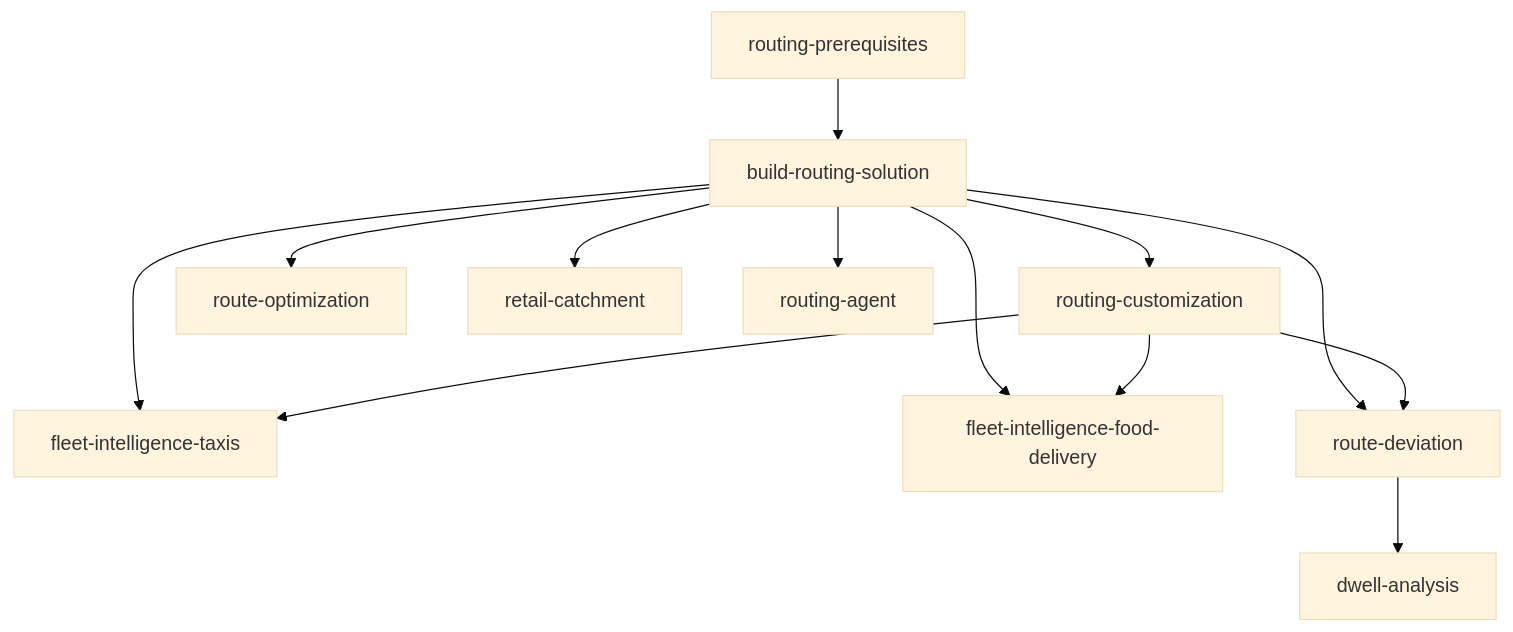
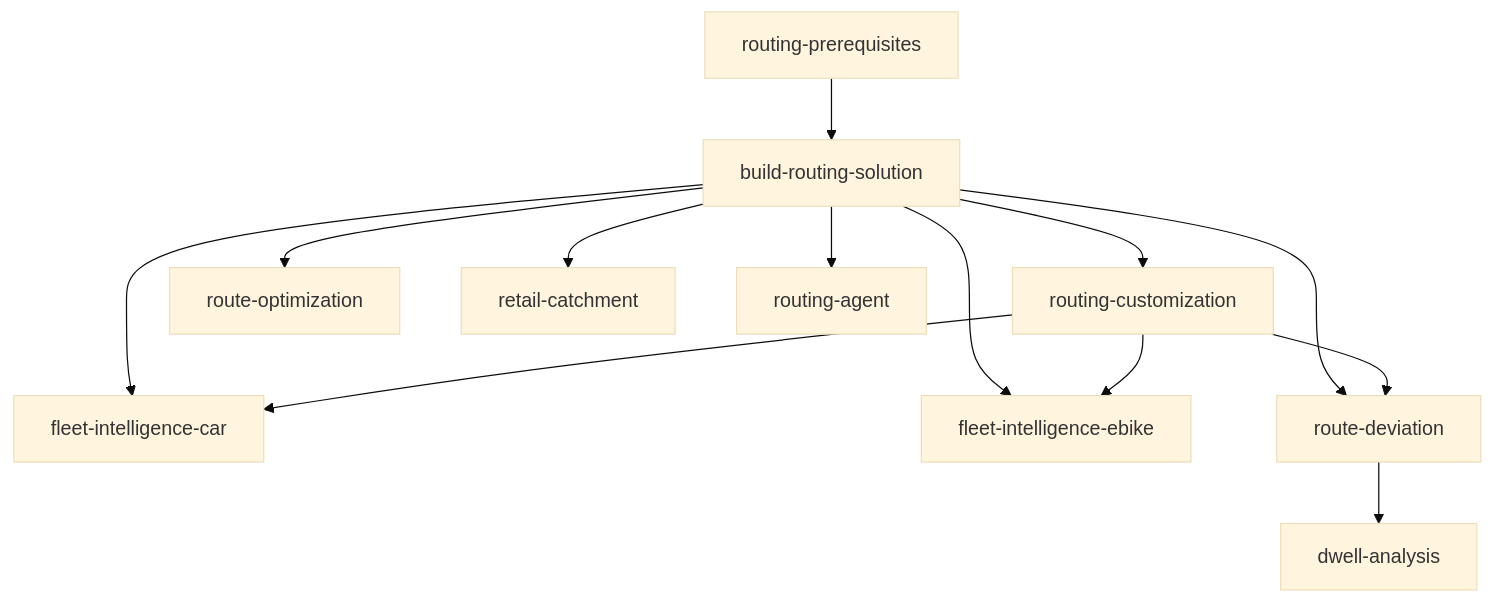
Before and after one commit to Snowflake-Labs/sfguide-create-a-route-optimisation-and-vehicle-route-plan-simulator: the diagram in README.md, drawn with Mermaid (base theme). The commit also changed 27 other files, not shown here.

First line of the commit message:
refactor(skills): rename fleet-intelligence-taxis/-food-delivery to -car/-ebike (Tier B)

````diff
--- a/README.md
+++ b/README.md
@@ -160,15 +160,15 @@
 ```mermaid
 graph TD
     RP[routing-prerequisites] --> BRS[build-routing-solution]
     BRS --> RC[routing-customization]
     BRS --> RO[route-optimization]
-    BRS --> FIT[fleet-intelligence-taxis]
-    BRS --> FIFD[fleet-intelligence-food-delivery]
+    BRS --> FIT[fleet-intelligence-car]
+    BRS --> FIFD[fleet-intelligence-ebike]
     BRS --> RET[retail-catchment]
     BRS --> RD[route-deviation]
     BRS --> RA[routing-agent]
     RC --> FIT
     RC --> FIFD
     RC --> RD
     RD --> DA[dwell-analysis]
 ```
````
